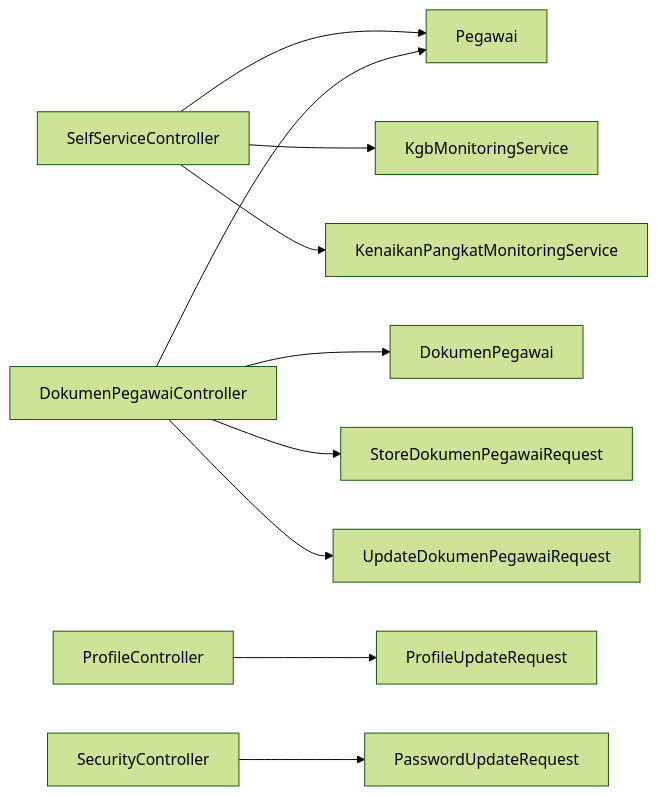
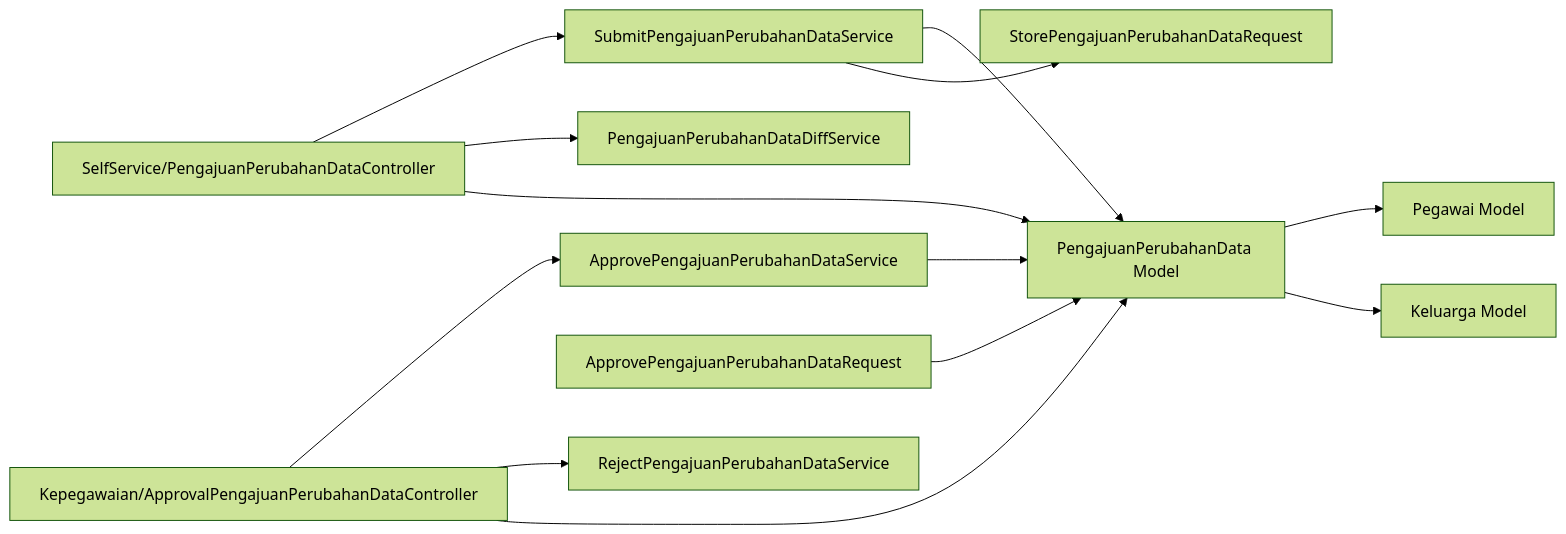
Before and after one commit to PA-Penajam/kepegawaian_apps: the eighth of 8 diagrams in .qoder/repowiki/en/content/Self-Service Portal/Self-Service Portal.md, drawn with Mermaid (forest theme). The commit also changed other lines of this file and 4 other files, not shown here.

First line of the commit message:
feat(approval): add self-service data change approval workflow

````diff
--- a/.qoder/repowiki/en/content/Self-Service Portal/Self-Service Portal.md
+++ b/.qoder/repowiki/en/content/Self-Service Portal/Self-Service Portal.md
@@ -352,12 +442,15 @@
 ```mermaid
 graph LR
-SSC["SelfServiceController"] --> PM["Pegawai"]
-SSC --> KGBC["KgbMonitoringService"]
-SSC --> KPMS["KenaikanPangkatMonitoringService"]
-DPC["DokumenPegawaiController"] --> PM
-DPC --> DM["DokumenPegawai"]
-DPC --> SDPR["StoreDokumenPegawaiRequest"]
-DPC --> UDPR["UpdateDokumenPegawaiRequest"]
-PC["ProfileController"] --> PUR["ProfileUpdateRequest"]
-SC["SecurityController"] --> PaR["PasswordUpdateRequest"]
+SSC["SelfService/PengajuanPerubahanDataController"] --> SPS["SubmitPengajuanPerubahanDataService"]
+SSC --> DPS["PengajuanPerubahanDataDiffService"]
+APC["Kepegawaian/ApprovalPengajuanPerubahanDataController"] --> APS["ApprovePengajuanPerubahanDataService"]
+APC --> RPS["RejectPengajuanPerubahanDataService"]
+SSC --> PPD["PengajuanPerubahanData Model"]
+APC --> PPD
+SPS --> PPD
+APS --> PPD
+PPD --> PM["Pegawai Model"]
+PPD --> KM["Keluarga Model"]
+SPS --> DPR["StorePengajuanPerubahanDataRequest"]
+APR["ApprovePengajuanPerubahanDataRequest"] --> PPD
 ```
````
